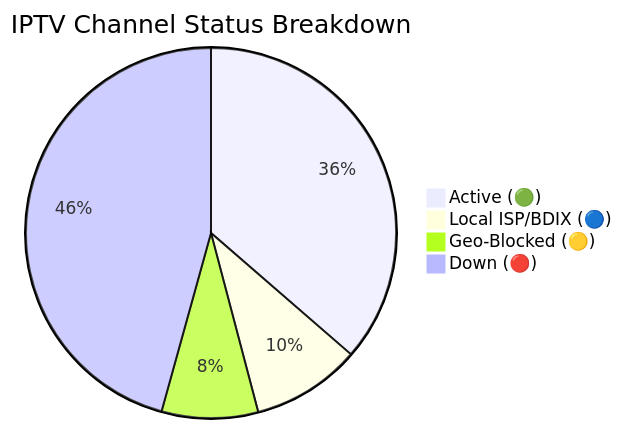
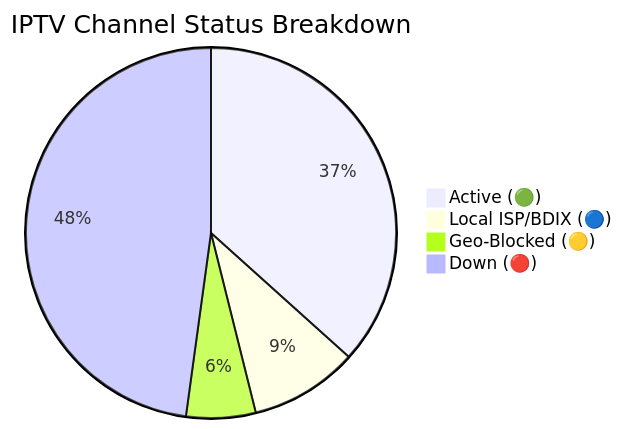
The diagram in README.md (andreataylord/Ip-tv-Collection), drawn with Mermaid before and after one commit. The commit also changed other lines of this file and 3 other files, not shown here.

````diff
--- a/README.md
+++ b/README.md
@@ -59,7 +59,7 @@
 ```mermaid
 pie title IPTV Channel Status Breakdown
-    "Active (🟢)" : 2932
+    "Active (🟢)" : 2977
     "Local ISP/BDIX (🔵)" : 768
-    "Geo-Blocked (🟡)" : 678
-    "Down (🔴)" : 3684
+    "Geo-Blocked (🟡)" : 492
+    "Down (🔴)" : 3885
 ```
````
